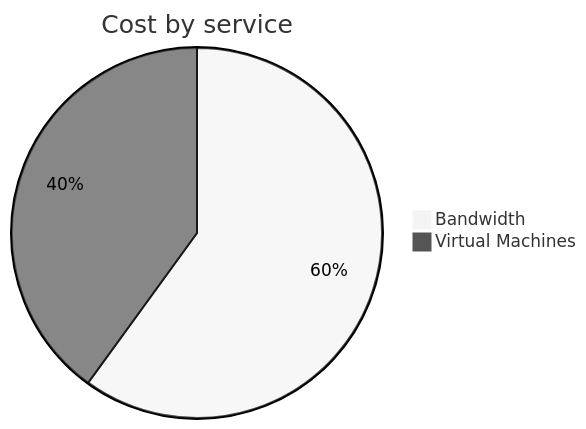
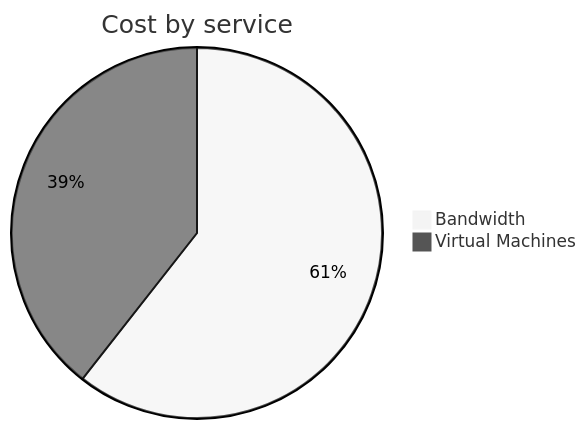
Before and after one commit to jpfulton/azure-personal-reports: the second of 4 diagrams in cost-reports/personal-network/vpn-server.md, drawn with Mermaid (neutral theme). The commit also changed other lines of this file and 8 other files, not shown here.

````diff
--- a/cost-reports/personal-network/vpn-server.md
+++ b/cost-reports/personal-network/vpn-server.md
@@ -94,6 +94,6 @@
 ```mermaid
 pie
    title Cost by service
-   "Bandwidth" : 2.31
-   "Virtual Machines" : 1.54
+   "Bandwidth" : 2.66
+   "Virtual Machines" : 1.73
 ```
````
